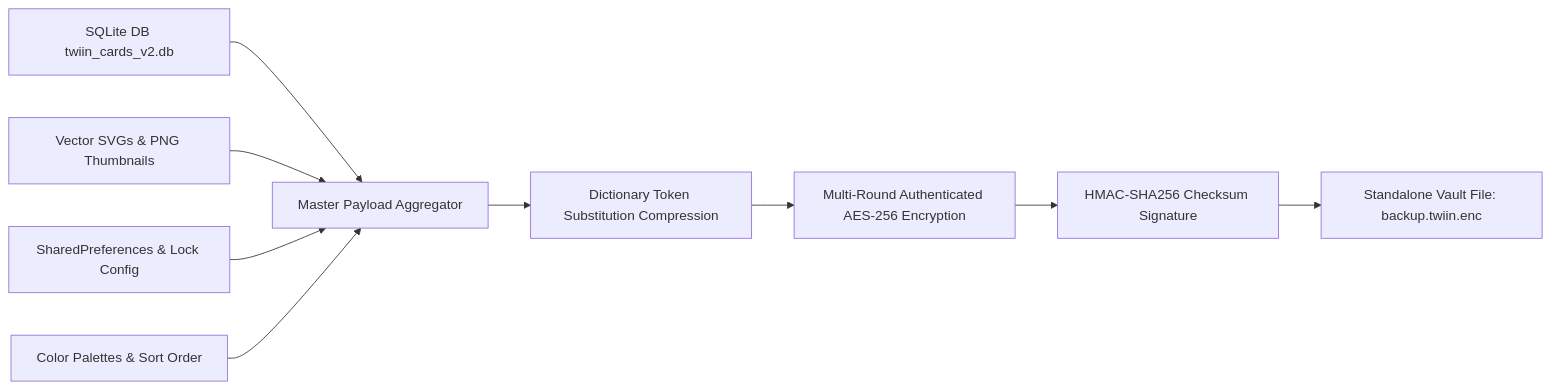
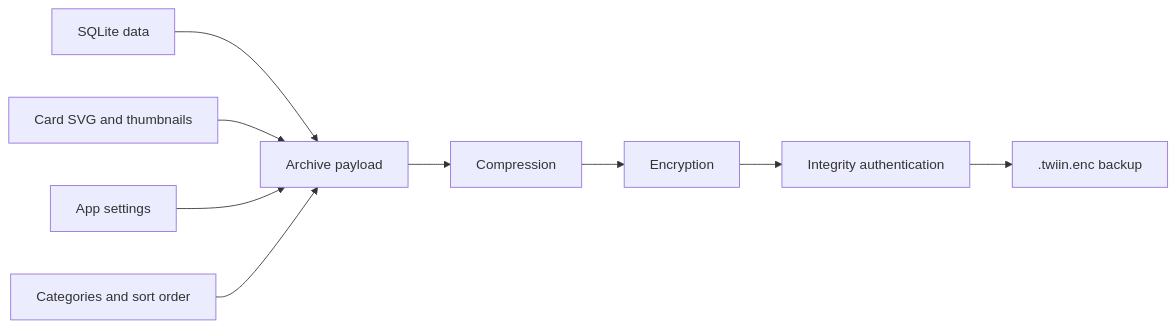
One commit to sanjay434343/Twiin changed the third of 3 diagrams in README.md. Above: the diagram before and after it, drawn with Mermaid. The commit also changed other lines of this file, not shown here.

````diff
--- a/README.md
+++ b/README.md
@@ -459,12 +308,11 @@
 ```mermaid
 flowchart LR
-    A[SQLite DB twiin_cards_v2.db] --> E[Master Payload Aggregator]
-    B[Vector SVGs & PNG Thumbnails] --> E
-    C[SharedPreferences & Lock Config] --> E
-    D[Color Palettes & Sort Order] --> E
-    
-    E --> F[Dictionary Token Substitution Compression]
-    F --> G[Multi-Round Authenticated AES-256 Encryption]
-    G --> H[HMAC-SHA256 Checksum Signature]
-    H --> I[Standalone Vault File: backup.twiin.enc]
+    A[SQLite data] --> E[Archive payload]
+    B[Card SVG and thumbnails] --> E
+    C[App settings] --> E
+    D[Categories and sort order] --> E
+    E --> F[Compression]
+    F --> G[Encryption]
+    G --> H[Integrity authentication]
+    H --> I[.twiin.enc backup]
 ```
````
